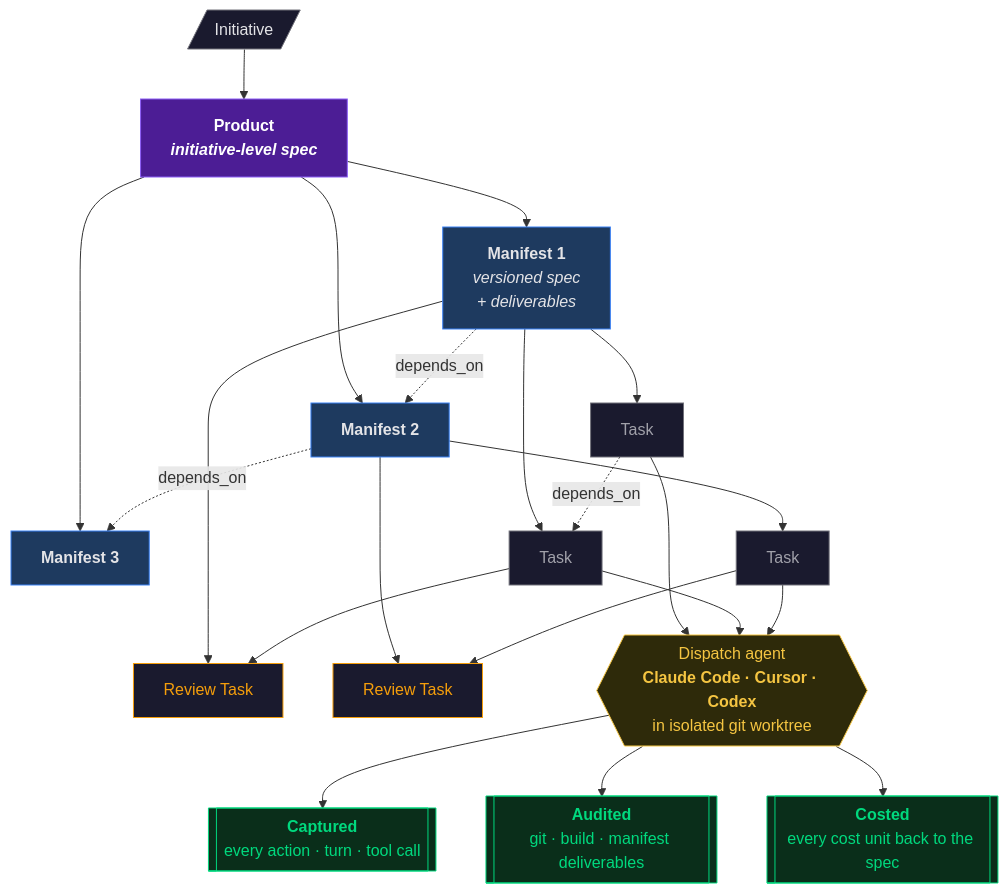
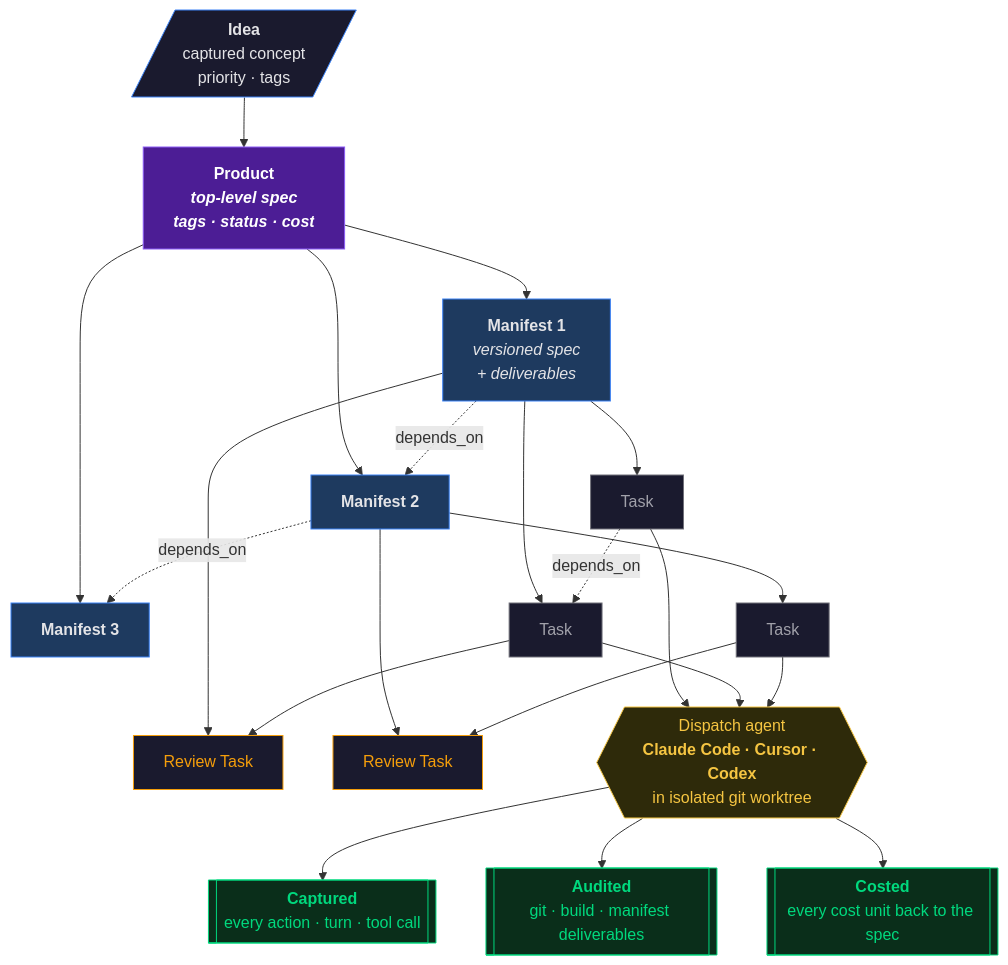
One commit to k8nstantin/OpenPraxis changed the first of 2 diagrams in README.md. Above: the diagram before and after it, drawn with Mermaid. The commit also changed other lines of this file, not shown here.

````diff
--- a/README.md
+++ b/README.md
@@ -13,40 +13,40 @@
 ```mermaid
 flowchart TB
-    Init[/"Initiative"/]:::init --> P
+    Idea[/"<b>Idea</b><br/>captured concept<br/>priority · tags"/]:::idea --> P
 
-    P["<b>Product</b><br/><i>initiative-level spec</i>"]:::product
+    P["<b>Product</b><br/><i>top-level spec<br/>tags · status · cost</i>"]:::product
 
     P --> M1["<b>Manifest 1</b><br/><i>versioned spec<br/>+ deliverables</i>"]:::manifest
     P --> M2["<b>Manifest 2</b>"]:::manifest
     P --> M3["<b>Manifest 3</b>"]:::manifest
     M1 -. depends_on .-> M2
     M2 -. depends_on .-> M3
 
     M1 --> T1a["Task"]:::task
     M1 --> T1b["Task"]:::task
     M1 --> T1r["Review Task"]:::review
     T1a -. depends_on .-> T1b
     T1b --> T1r
 
     M2 --> T2a["Task"]:::task
     M2 --> T2r["Review Task"]:::review
     T2a --> T2r
 
     T1a --> Dispatch{{"Dispatch agent<br/><b>Claude Code · Cursor · Codex</b><br/>in isolated git worktree"}}:::agent
     T1b --> Dispatch
     T2a --> Dispatch
 
     Dispatch --> Capture[["<b>Captured</b><br/>every action · turn · tool call"]]:::capture
     Dispatch --> Audit[["<b>Audited</b><br/>git · build · manifest deliverables"]]:::audit
     Dispatch --> Cost[["<b>Costed</b><br/>every cost unit back to the spec"]]:::cost
 
-    classDef init fill:#1a1a2e,stroke:#71717a,color:#e4e4e7
+    classDef idea fill:#1a1a2e,stroke:#3b82f6,color:#e4e4e7
     classDef product fill:#4c1d95,stroke:#8b5cf6,color:#fff,font-weight:bold
     classDef manifest fill:#1e3a5f,stroke:#3b82f6,color:#e4e4e7
     classDef task fill:#1a1a2e,stroke:#71717a,color:#a1a1aa
     classDef review fill:#1a1a2e,stroke:#f59e0b,color:#f59e0b
     classDef agent fill:#2e2a0a,stroke:#f5c542,color:#f5c542
     classDef capture fill:#0a2e1a,stroke:#00d97e,color:#00d97e
     classDef audit fill:#0a2e1a,stroke:#00d97e,color:#00d97e
     classDef cost fill:#0a2e1a,stroke:#00d97e,color:#00d97e
 ```
````
